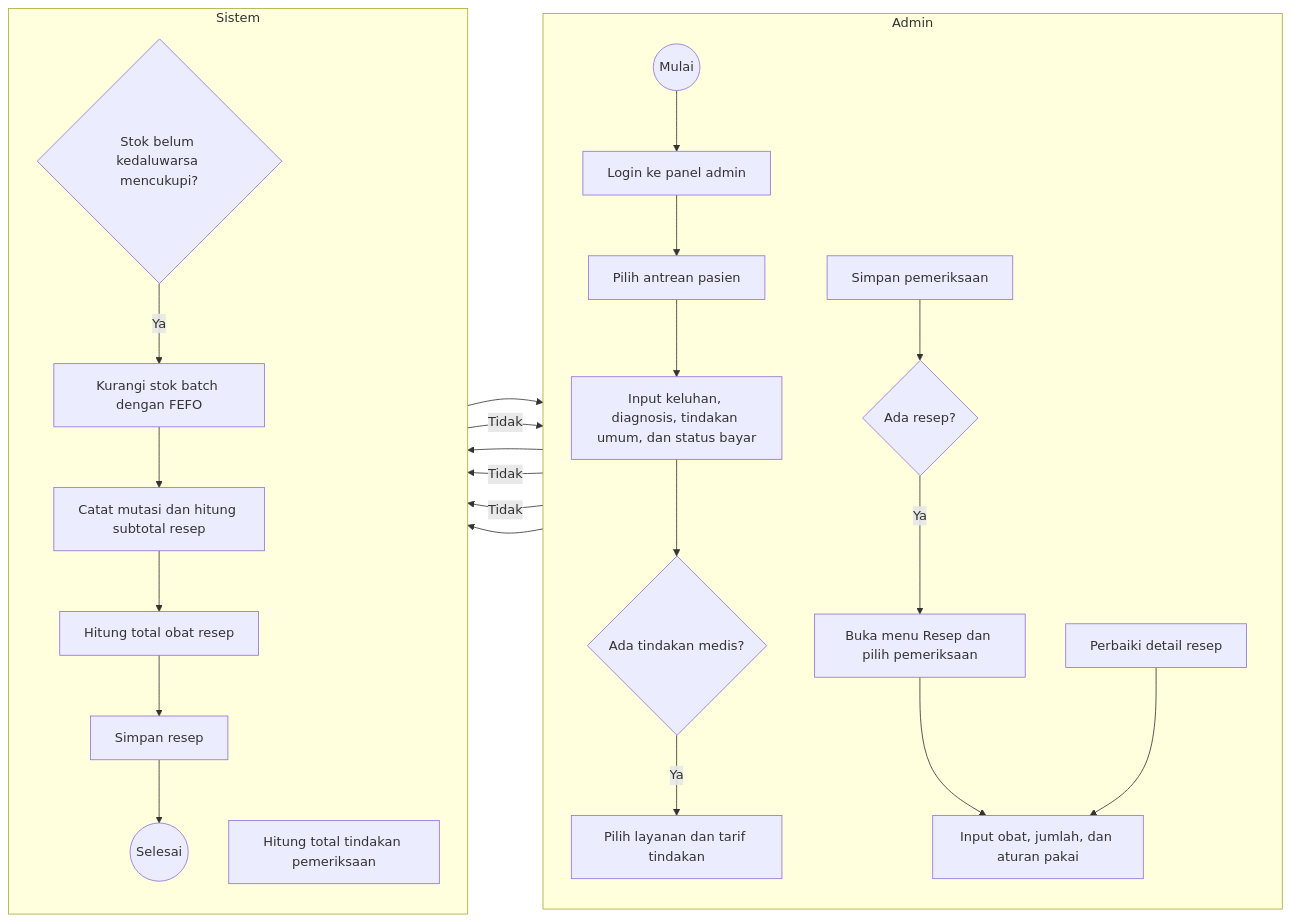
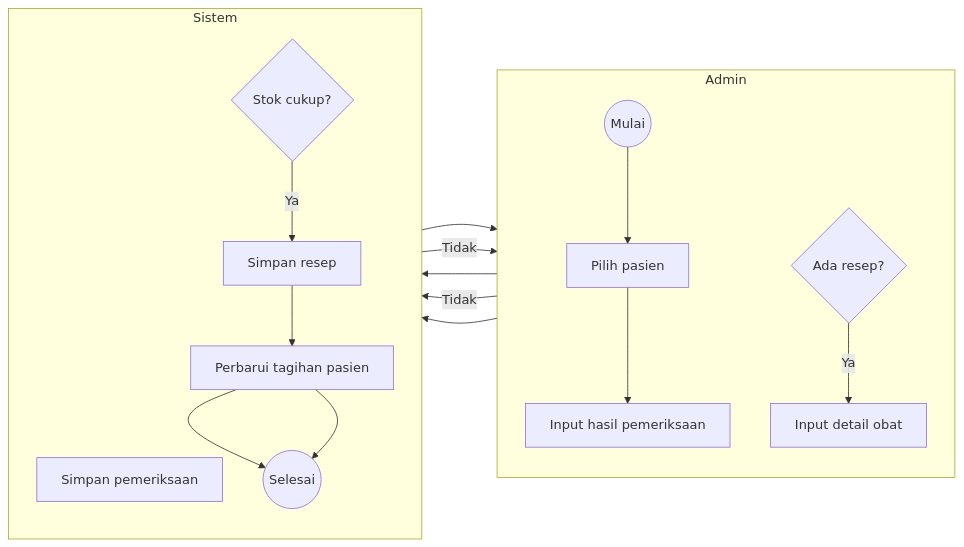
The fourth of 7 diagrams in dokumentasi/spesifikasi-proyek/activity-diagrams.md (Faathir81/Sistem-Informasi-Klinik), drawn with Mermaid before and after one commit. The commit also changed other lines of this file, not shown here.

Commit message:
docs: simplify activity diagrams for thesis report

````diff
--- a/dokumentasi/spesifikasi-proyek/activity-diagrams.md
+++ b/dokumentasi/spesifikasi-proyek/activity-diagrams.md
@@ -136,37 +102,26 @@
 ```mermaid
 flowchart LR
     subgraph adminLane["Admin"]
         direction TB
         start((Mulai))
-        login[Login ke panel admin]
-        queue[Pilih antrean pasien]
-        exam[Input keluhan, diagnosis, tindakan umum, dan status bayar]
-        action{Ada tindakan medis?}
-        service[Pilih layanan dan tarif tindakan]
-        saveExam[Simpan pemeriksaan]
-        recipe{Ada resep?}
-        openRecipe[Buka menu Resep dan pilih pemeriksaan]
-        detail[Input obat, jumlah, dan aturan pakai]
-        revise[Perbaiki detail resep]
+        pilih[Pilih pasien]
+        periksa[Input hasil pemeriksaan]
+        resep{Ada resep?}
+        obat[Input detail obat]
     end
 
     subgraph sistemLane["Sistem"]
         direction TB
-        stock{Stok belum kedaluwarsa mencukupi?}
-        fefo[Kurangi stok batch dengan FEFO]
-        mutation[Catat mutasi dan hitung subtotal resep]
-        totalExam[Hitung total tindakan pemeriksaan]
-        totalRecipe[Hitung total obat resep]
-        saveRecipe[Simpan resep]
+        simpan[Simpan pemeriksaan]
+        stok{Stok cukup?}
+        simpanResep[Simpan resep]
+        tagihan[Perbarui tagihan pasien]
         finish((Selesai))
     end
 
-    start --> login --> queue --> exam --> action
-    action -- Ya --> service --> totalExam
-    action -- Tidak --> totalExam
-    totalExam --> saveExam --> recipe
-    recipe -- Tidak --> finish
-    recipe -- Ya --> openRecipe --> detail --> stock
-    stock -- Tidak --> revise --> detail
-    stock -- Ya --> fefo --> mutation --> totalRecipe --> saveRecipe --> finish
+    start --> pilih --> periksa --> simpan --> resep
+    resep -- Tidak --> tagihan --> finish
+    resep -- Ya --> obat --> stok
+    stok -- Tidak --> obat
+    stok -- Ya --> simpanResep --> tagihan --> finish
 ```
````
